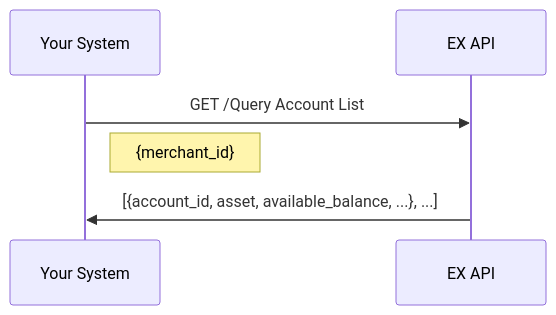
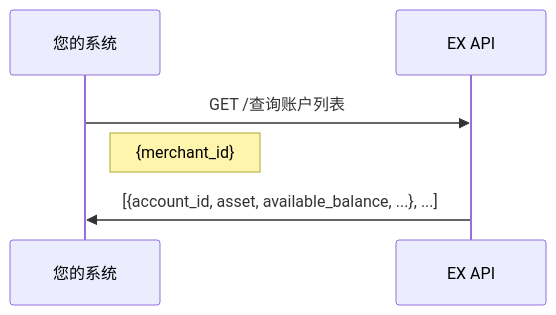
Before and after one commit to xiaoxiaoangie/EX-NEW: the seventh of 16 diagrams in Solutions/solutions/crypto-solutions-cn.md, drawn with Mermaid. The commit also changed other lines of this file and 36 other files, not shown here.

````diff
--- a/Solutions/solutions/crypto-solutions-cn.md
+++ b/Solutions/solutions/crypto-solutions-cn.md
@@ -295,9 +295,9 @@
 ```mermaid
 sequenceDiagram
-    participant You as Your System
+    participant You as 您的系统
     participant EX as EX API
 
-    You->>EX: GET /Query Account List
+    You->>EX: GET /查询账户列表
     Note right of You: {merchant_id}
     EX->>You: [{account_id, asset, available_balance, ...}, ...]
 ```
````
